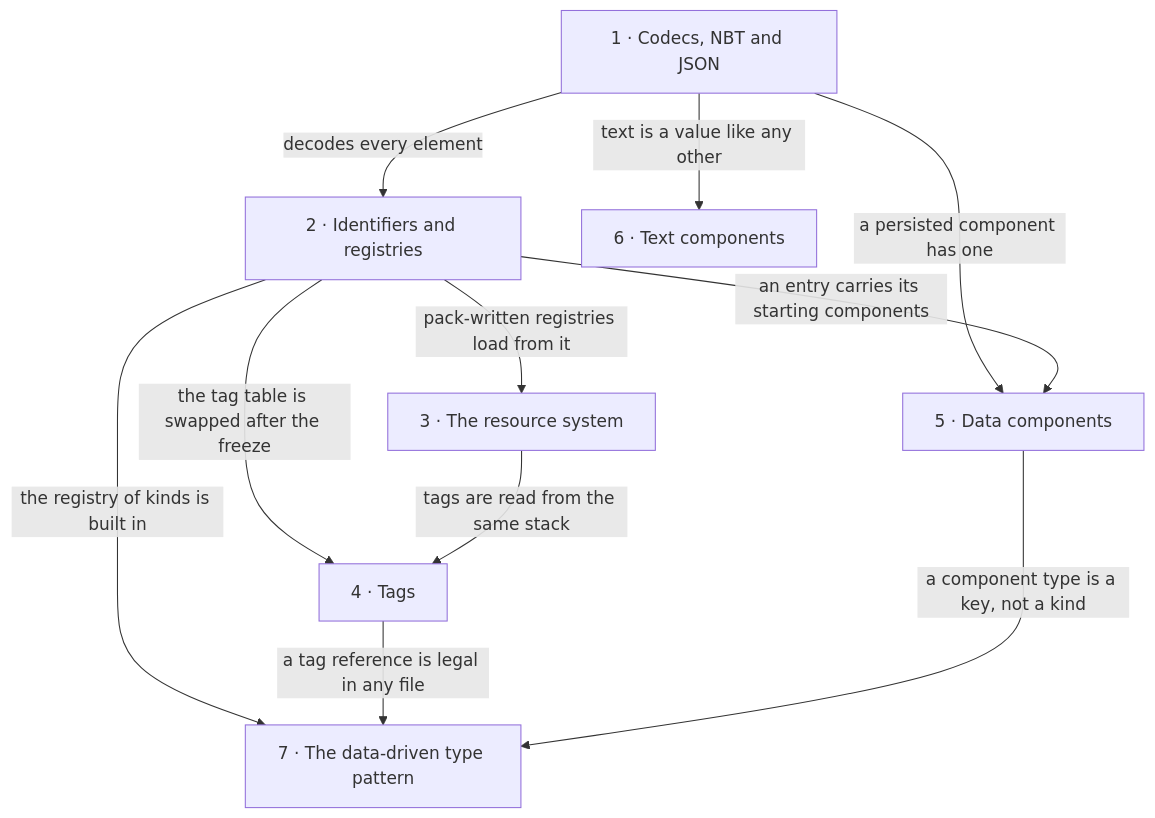
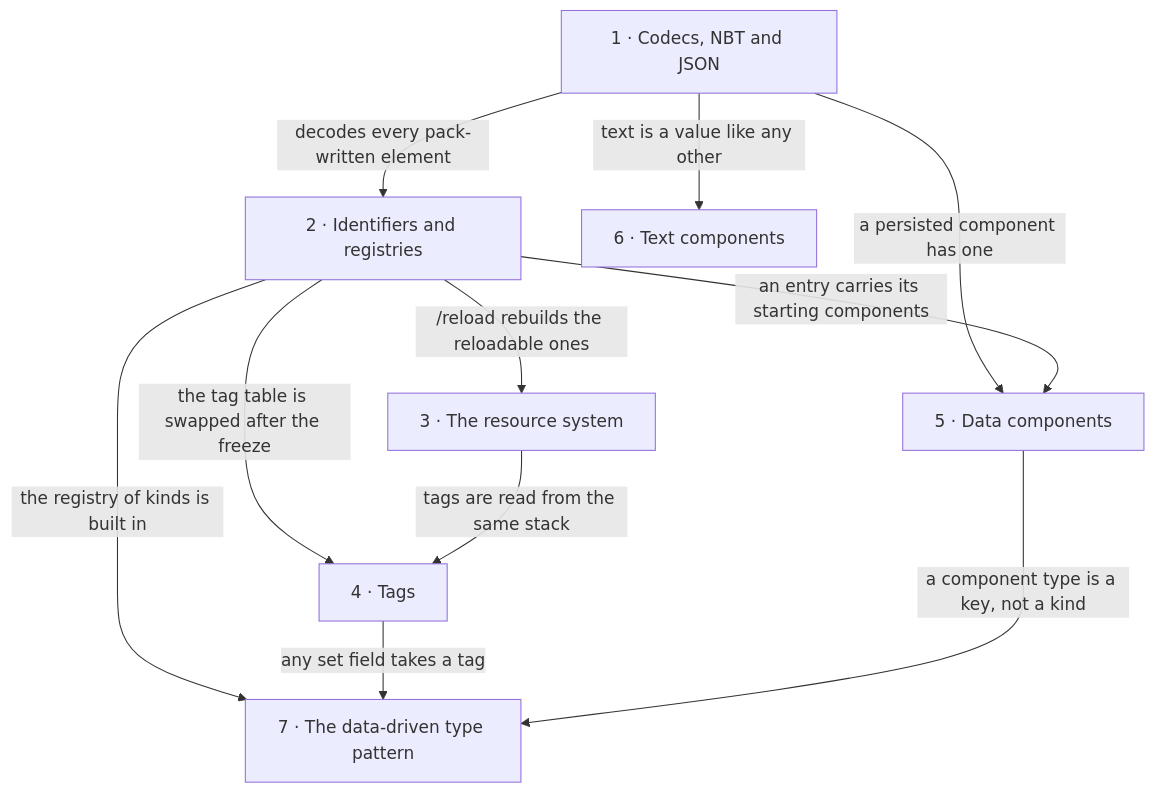
The diagram in src/systems/foundations/README.md (AlexanderjFraser/MinecraftDocs), drawn with Mermaid before and after one commit. The commit also changed other lines of this file and 31 other files, not shown here.

````diff
--- a/src/systems/foundations/README.md
+++ b/src/systems/foundations/README.md
@@ -24,20 +24,20 @@
 ```mermaid
 flowchart TD
     C["1 · Codecs, NBT and JSON"]
     R["2 · Identifiers and registries"]
     S["3 · The resource system"]
     T["4 · Tags"]
     D["5 · Data components"]
     X["6 · Text components"]
     P["7 · The data-driven type pattern"]
-    C -- "decodes every element" --> R
+    C -- "decodes every pack-written element" --> R
     C -- "a persisted component has one" --> D
     C -- "text is a value like any other" --> X
-    R -- "pack-written registries load from it" --> S
+    R -- "/reload rebuilds the reloadable ones" --> S
     R -- "the tag table is swapped after the freeze" --> T
     R -- "an entry carries its starting components" --> D
     R -- "the registry of kinds is built in" --> P
     S -- "tags are read from the same stack" --> T
-    T -- "a tag reference is legal in any file" --> P
+    T -- "any set field takes a tag" --> P
     D -- "a component type is a key, not a kind" --> P
 ```
````
